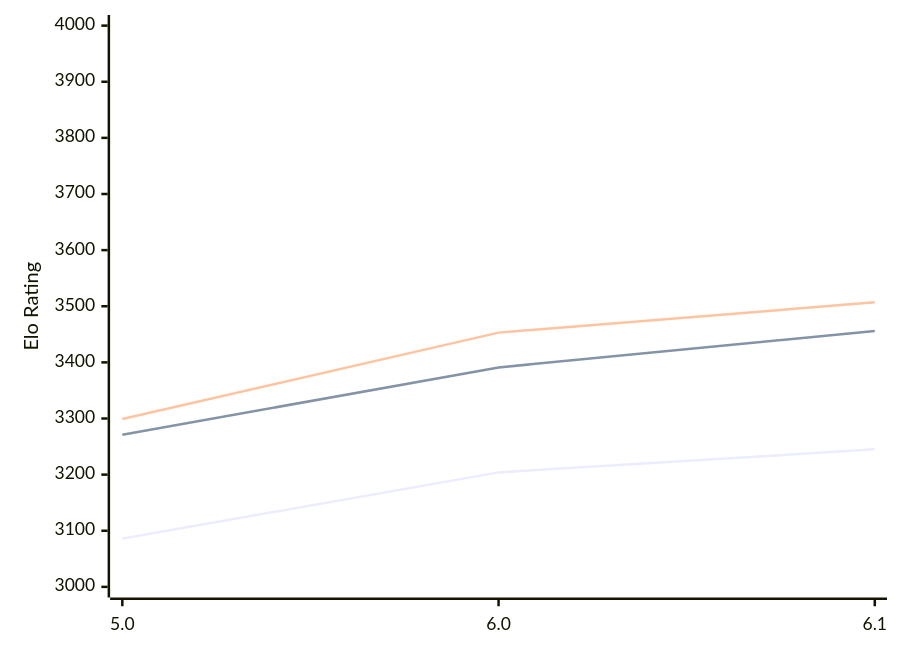
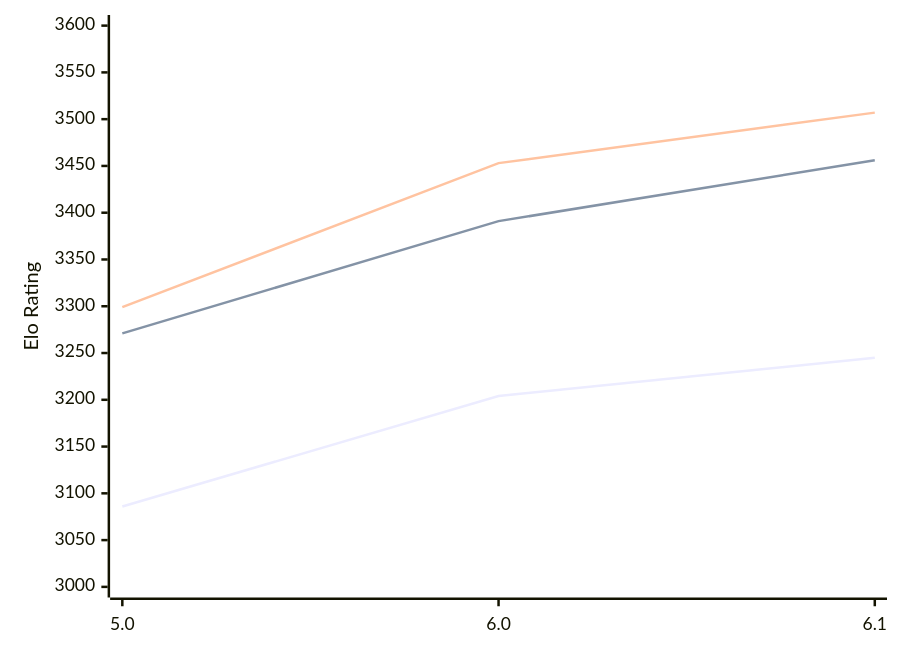
The diagram in engines/PZChessBot.md (computer-chess-index/cci), drawn with Mermaid before and after one commit. The commit also changed other lines of this file, not shown here.

Commit message:
Update CCI Ratings (ELO VLTC) - 2026-02-10

````diff
--- a/engines/PZChessBot.md
+++ b/engines/PZChessBot.md
@@ -39,9 +39,9 @@
 ```mermaid
 %%{init: {"theme":"base","themeVariables":{"seriesColors:['#a3a3a3','#222221','#faa371']}}}%%
 xychart-beta
   x-axis ["5.0", "6.0", "6.1"]
-  y-axis "Elo Rating" 3000 --> 4000
+  y-axis "Elo Rating" 3000 --> 3600
   line "STC (8.0+0.08s)" [3086, 3204, 3245]
   line "LTC (60.0+0.60s)" [3271, 3391, 3456]
   line "VLTC (2m24s+1.12s)" [3299, 3453, 3507]
 ```
````
